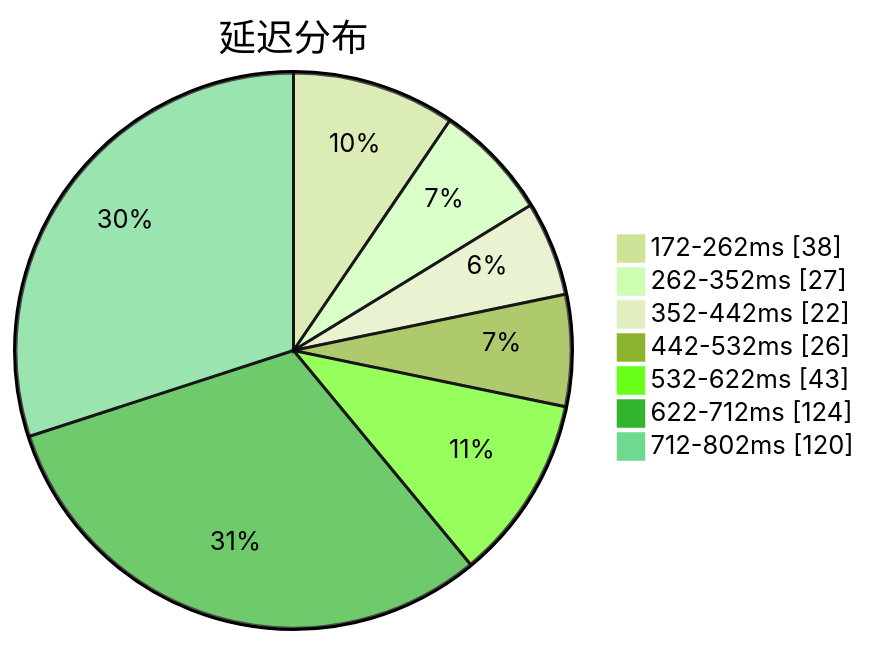
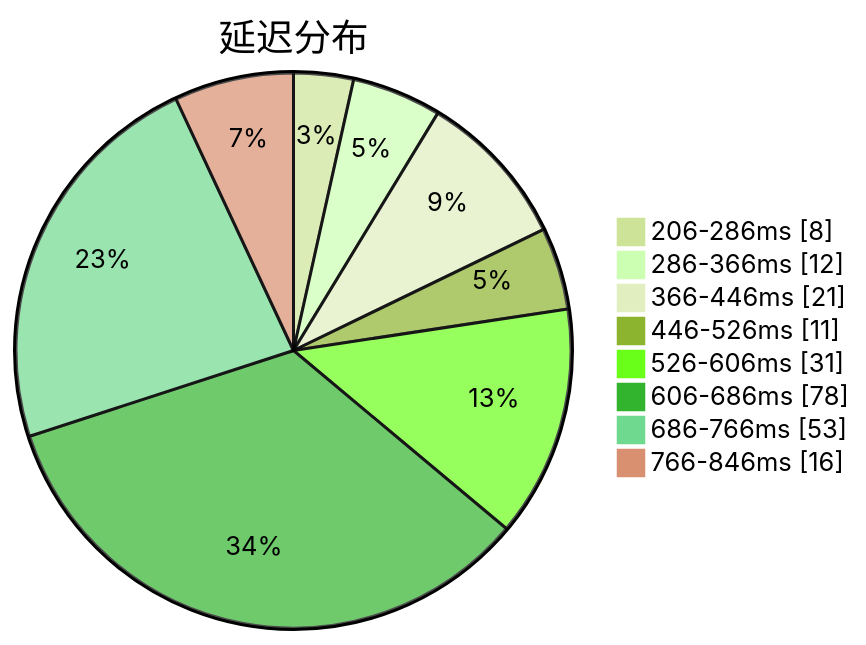
One commit to qjlxg/airport changed the first of 3 diagrams in subs/statistics/tested_within.md. Above: the diagram before and after it, drawn with Mermaid (forest theme). The commit also changed other lines of this file and 2 other files, not shown here.

Commit message:
Tested by metaST

````diff
--- a/subs/statistics/tested_within.md
+++ b/subs/statistics/tested_within.md
@@ -2,11 +2,12 @@
 ```mermaid
 pie showData
 title 延迟分布
-"172-262ms" : 38
-"262-352ms" : 27
-"352-442ms" : 22
-"442-532ms" : 26
-"532-622ms" : 43
-"622-712ms" : 124
-"712-802ms" : 120
+"206-286ms" : 8
+"286-366ms" : 12
+"366-446ms" : 21
+"446-526ms" : 11
+"526-606ms" : 31
+"606-686ms" : 78
+"686-766ms" : 53
+"766-846ms" : 16
 ```
````
